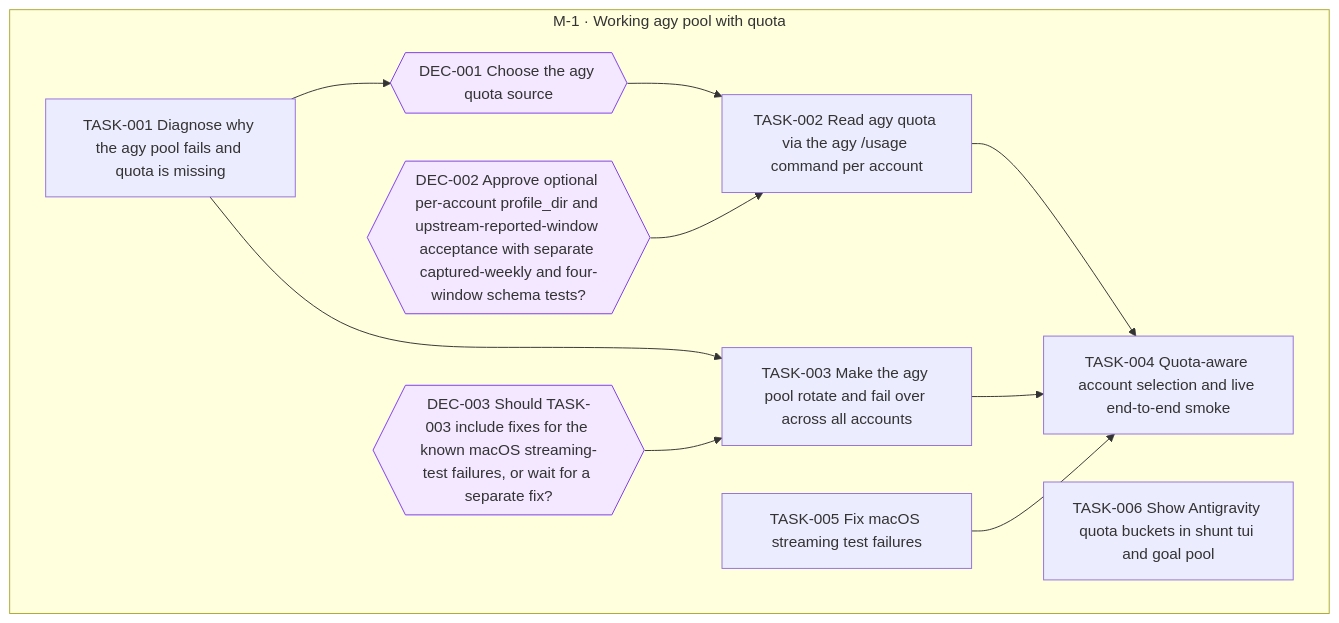
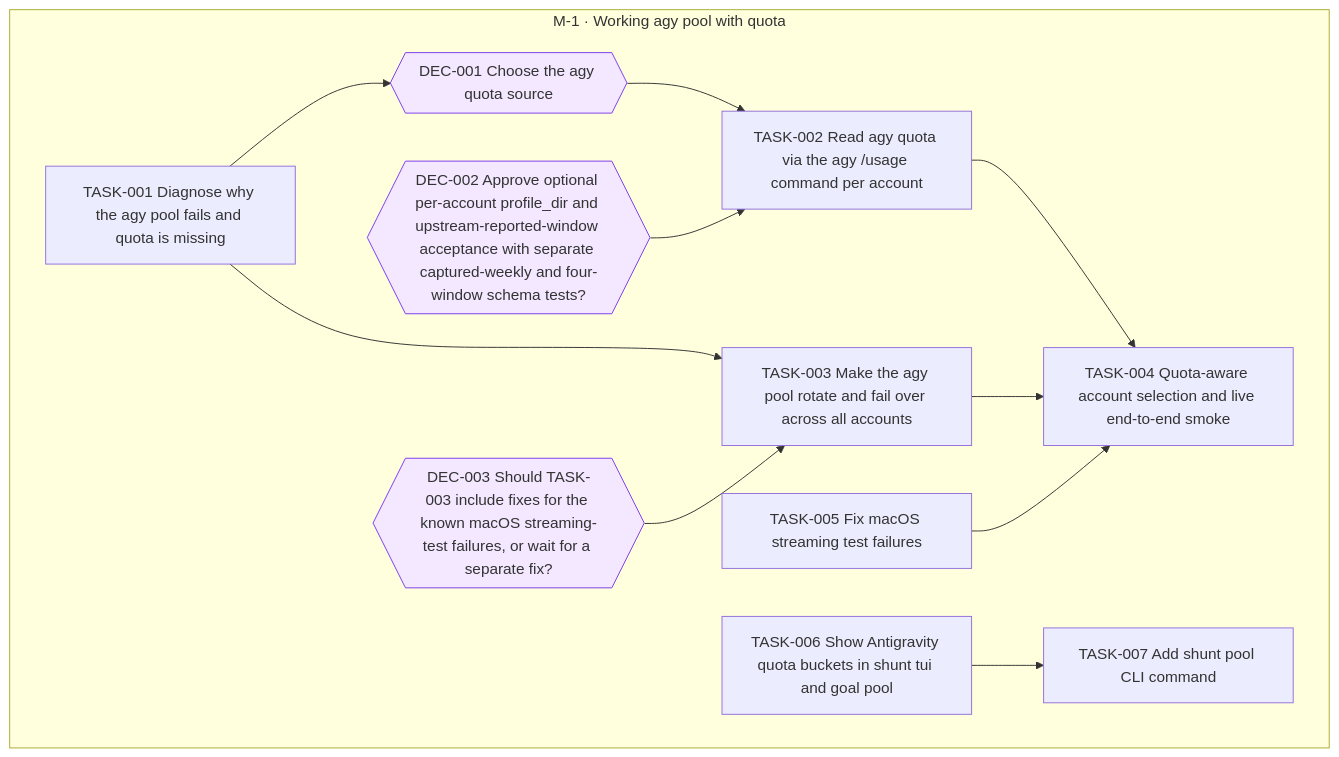
Before and after one commit to jesusvillota/shunt: the diagram in goals/agy-pool/README.md, drawn with Mermaid. The commit also changed 1 other file, not shown here.

Commit message:
goal(agy-pool): add TASK-007 Add shunt pool CLI command

````diff
--- a/goals/agy-pool/README.md
+++ b/goals/agy-pool/README.md
@@ -19,28 +19,30 @@
 ```mermaid
 flowchart TD
   subgraph M_1["M-1 · Working agy pool with quota"]
     DEC_001{{"DEC-001 Choose the agy quota source"}}
     DEC_002{{"DEC-002 Approve optional per-account profile_dir and upstream-reported-window acceptance with separate captured-weekly and four-window schema tests?"}}
     DEC_003{{"DEC-003 Should TASK-003 include fixes for the known macOS streaming-test failures, or wait for a separate fix?"}}
     TASK_001["TASK-001 Diagnose why the agy pool fails and quota is missing"]
     TASK_002["TASK-002 Read agy quota via the agy /usage command per account"]
     TASK_003["TASK-003 Make the agy pool rotate and fail over across all accounts"]
     TASK_004["TASK-004 Quota-aware account selection and live end-to-end smoke"]
     TASK_005["TASK-005 Fix macOS streaming test failures"]
     TASK_006["TASK-006 Show Antigravity quota buckets in shunt tui and goal pool"]
+    TASK_007["TASK-007 Add shunt pool CLI command"]
   end
   TASK_001 --> DEC_001
   DEC_001 --> TASK_002
   DEC_002 --> TASK_002
   TASK_001 --> TASK_003
   DEC_003 --> TASK_003
   TASK_002 --> TASK_004
   TASK_003 --> TASK_004
   TASK_005 --> TASK_004
+  TASK_006 --> TASK_007
   classDef draft stroke-dasharray: 4 3
   classDef cancelled opacity:0.45
   classDef decision fill:#f3e8ff,stroke:#7c3aed
   class DEC_001 decision
   class DEC_002 decision
   class DEC_003 decision
 ```
````
